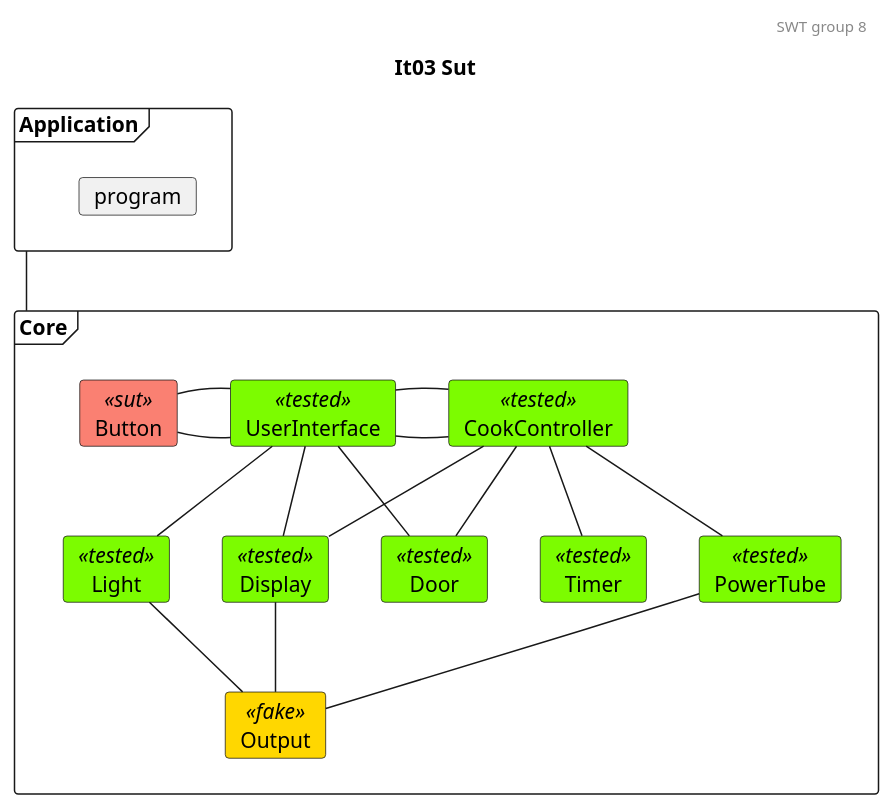
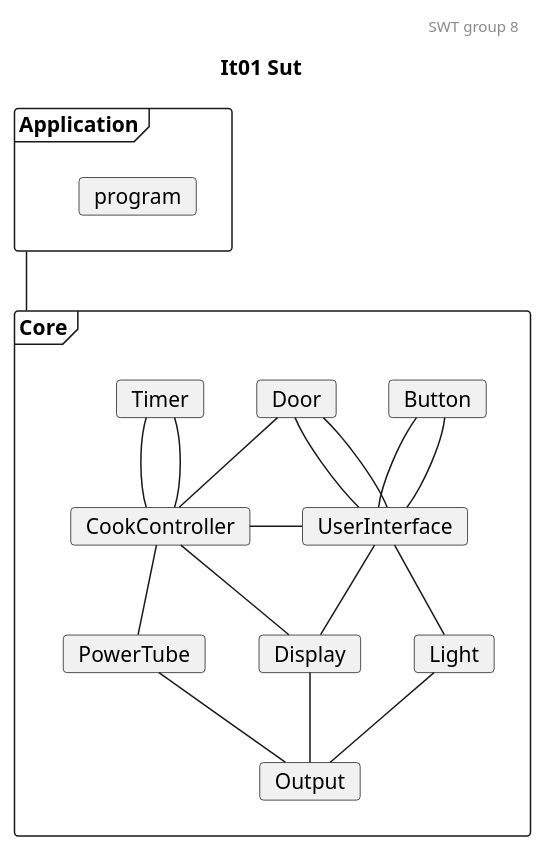
The diagram in docs/SysTestTree3.plantuml (mikkel-ol/I4SWT-MicrowaveOven), drawn with PlantUML before and after one commit. The commit also changed 2 other files, not shown here.

Commit message:
Update diagrams - from feedback

```diff
--- a/docs/SysTestTree3.plantuml
+++ b/docs/SysTestTree3.plantuml
@@ -1,62 +1,65 @@
 @startuml
 
 'Testing colors:
 skinparam card{
     backgroundColor<<tested>> lawngreen
     backgroundColor<<sut>> salmon
     backgroundColor<<test>> salmon
     backgroundColor<<fake>> gold
 }
 
 header SWT group 8
-title It03 Sut
+title It01 Sut
 
 frame Application{
     card program
 }
 
 frame Core{
-    card UserInterface<<tested>>
-    card CookController<<tested>>
+    card UserInterface
+    card CookController
 
-    card Door<<tested>>
-    card Light<<tested>>
-    card Timer<<tested>>
-    card PowerTube<<tested>>
-    card Display<<tested>>
-    card Output<<fake>>
-    card Button<<sut>>
+    card Door
+    card Light
+    card Timer
+    card PowerTube
+    card Display
+    card Output
+    card Button
 }
+Application -- Core
 
 'Relations projects
 ' 0. to 1.
-Application -- Core
+Door -- UserInterface
+Door -- UserInterface
+
+Button -- UserInterface
+Button -- UserInterface
+
 
 'Relations CookController:
 '1.
 CookController - UserInterface
 '1. to 2.
-CookController -- Door
-CookController -- Timer
+Door - CookController
+
+Timer -- CookController
+Timer -- CookController
+
 CookController -- PowerTube
+
+'1. to 2.
+UserInterface -- Display
+UserInterface -- Light
 CookController -- Display
 
-'Relations UserInterface:
-'1.
-UserInterface - CookController
-Button - UserInterface 
-UserInterface - Button
-
-'1. to 2.
-UserInterface -- Light
-UserInterface -- Door
-UserInterface -- Display
 
 ' Relations 2. to 3.
 Light -- Output
 Display -- Output
 PowerTube -- Output
 
 
 
 @enduml
```
